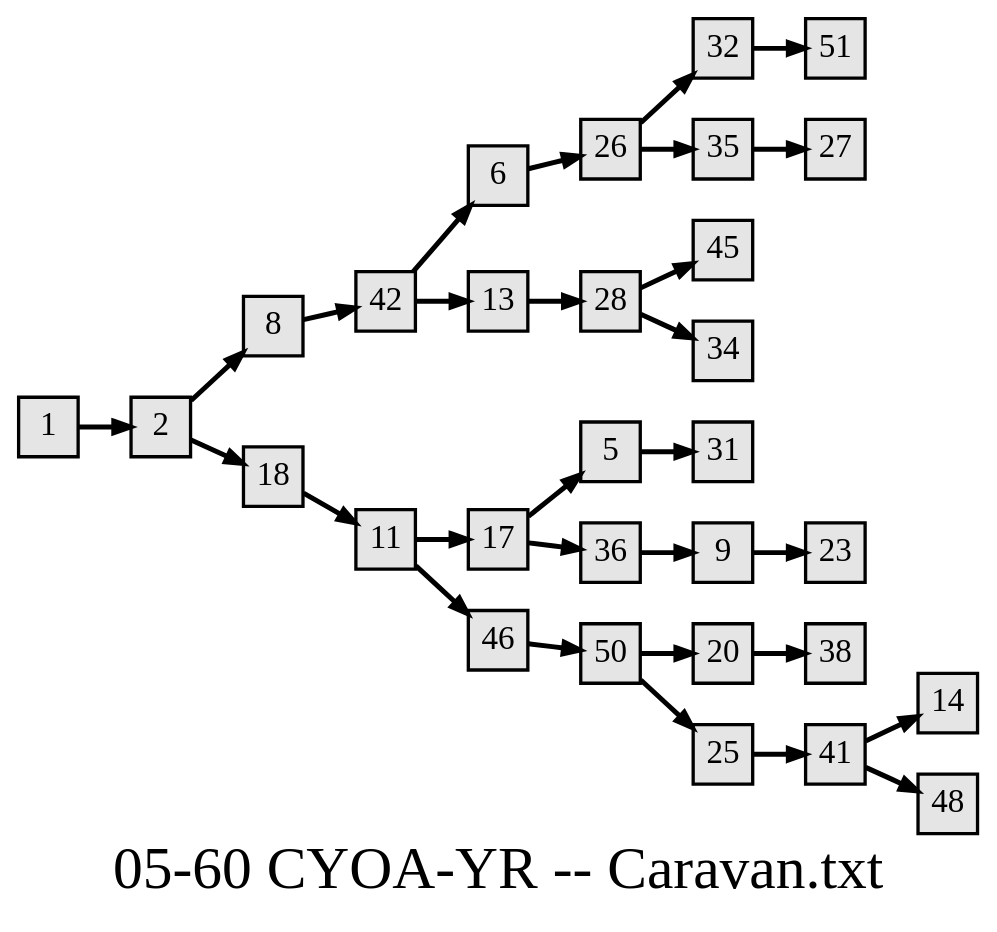
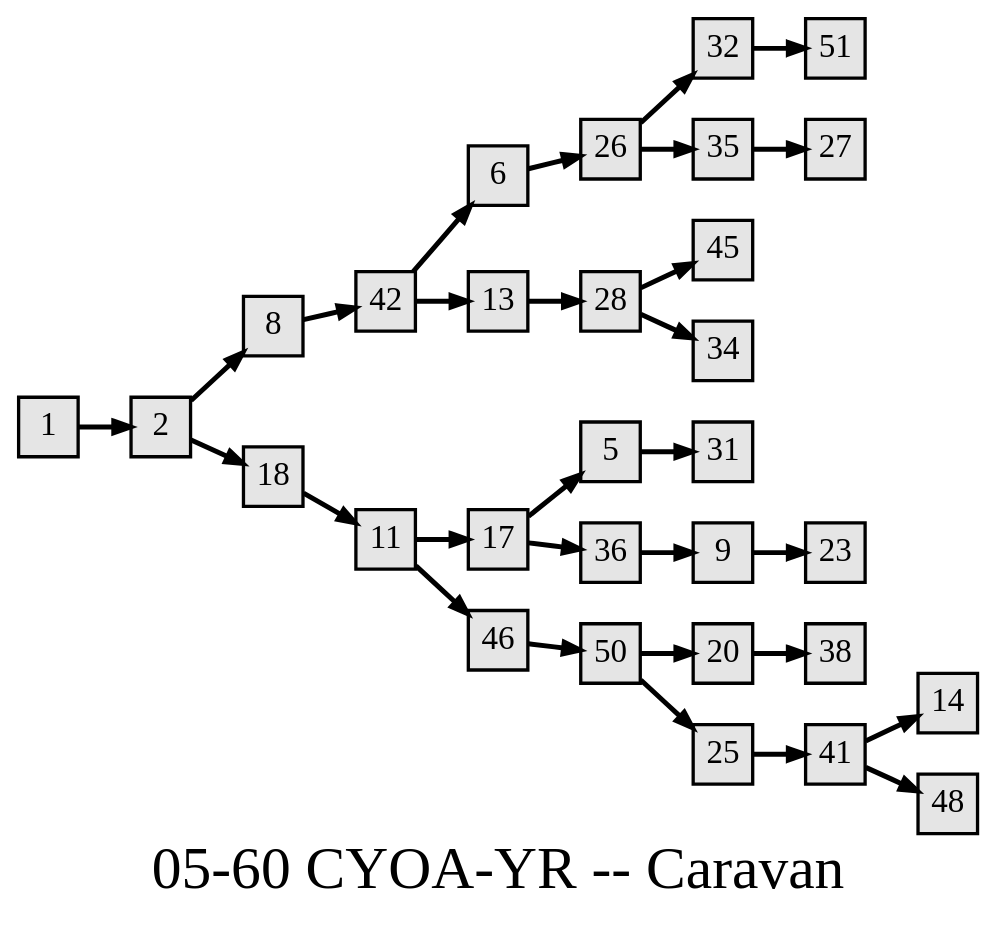
The diagram in assets/gamebooks/graphviz/05-60 CYOA-YR -- Caravan.txt.gv (jeremydouglass/transverse-gallery), drawn with Graphviz before and after one commit. The commit also changed 748 other files, not shown here.

```diff
--- a/assets/gamebooks/graphviz/05-60 CYOA-YR -- Caravan.txt.gv
+++ b/assets/gamebooks/graphviz/05-60 CYOA-YR -- Caravan.txt.gv
@@ -1,35 +1,35 @@
 digraph g{
-  graph [ label="05-60 CYOA-YR -- Caravan.txt" rankdir=LR, ordering=out, fontsize=36, nodesep="0.35", ranksep="0.45"];
+  graph [ label="05-60 CYOA-YR -- Caravan" rankdir=LR, ordering=out, fontsize=36, nodesep="0.35", ranksep="0.45"];
   node  [shape=rect, penwidth=2, fontsize=20, style=filled, fillcolor=grey90, margin="0,0", labelfloat=true, regular=true, fixedsize=true];
   edge  [labelfloat=true, penwidth=3, fontsize=12];
 
   1 -> 2;
   2 -> 8;
   2 -> 18;
   5 -> 31;
   6 -> 26;
   8 -> 42;
   9 -> 23;
   11 -> 17;
   11 -> 46;
   13 -> 28;
   17 -> 5;
   17 -> 36;
   18 -> 11;
   20 -> 38;
   25 -> 41;
   26 -> 32;
   26 -> 35;
   28 -> 45;
   28 -> 34;
   32 -> 51;
   35 -> 27;
   36 -> 9;
   41 -> 14;
   41 -> 48;
   42 -> 6;
   42 -> 13;
   46 -> 50;
   50 -> 20;
   50 -> 25;
 }
```
